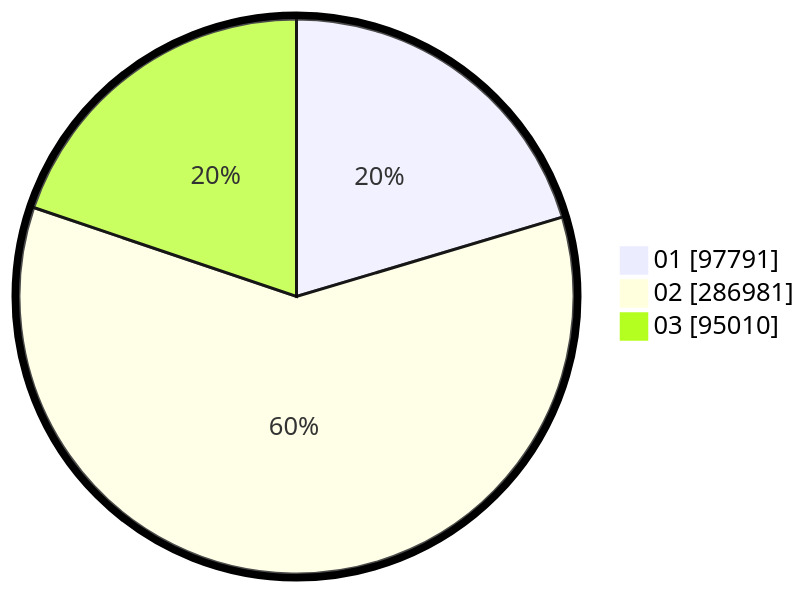
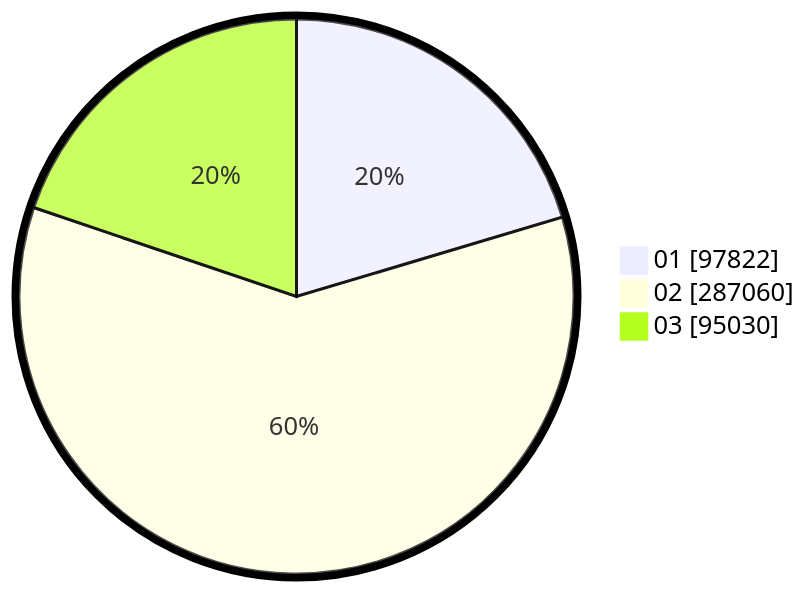
Before and after one commit to gigit-pemilu/pemilu-2024: the second of 2 diagrams in pilpres/hitung-suara/sub/table-wilayah-99.md, drawn with Mermaid. The commit also changed other lines of this file and 5 other files, not shown here.

````diff
--- a/pilpres/hitung-suara/sub/table-wilayah-99.md
+++ b/pilpres/hitung-suara/sub/table-wilayah-99.md
@@ -15,7 +15,7 @@
 ```mermaid
 %%{init: {"pie": {"textPosition": 0.5}, "themeVariables": {"pieOuterStrokeWidth": "5px"}} }%%
 pie showData
-    "01" : 97791
-    "02" : 286981
-    "03" : 95010
+    "01" : 97822
+    "02" : 287060
+    "03" : 95030
 ```
````
